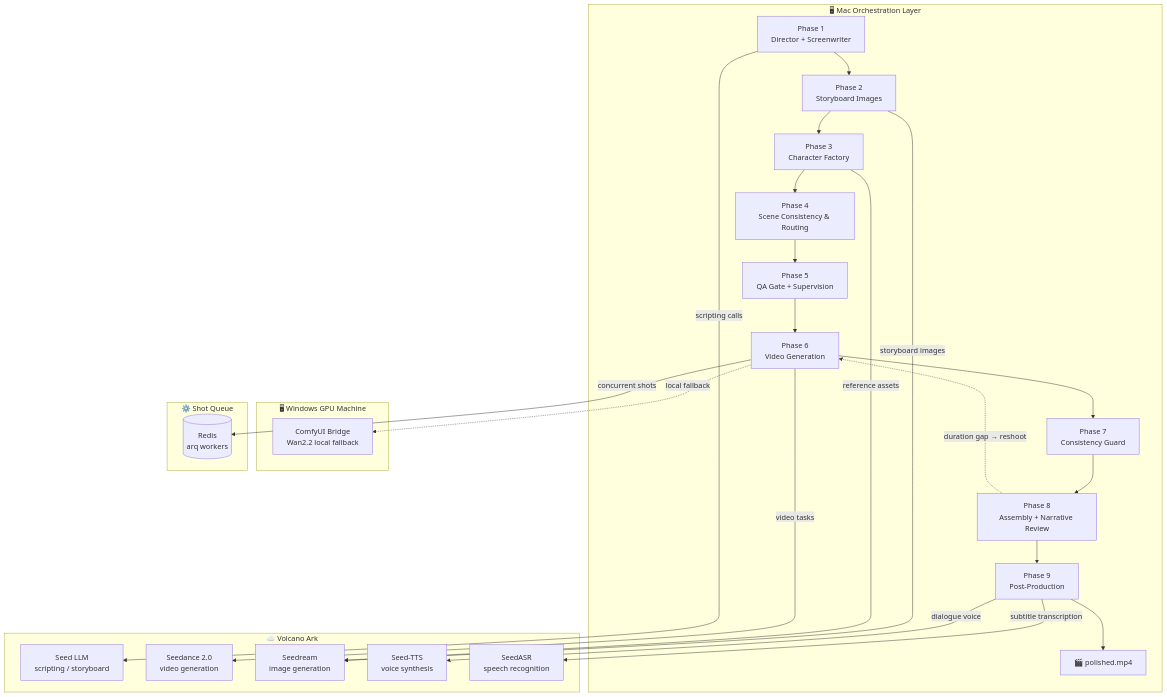
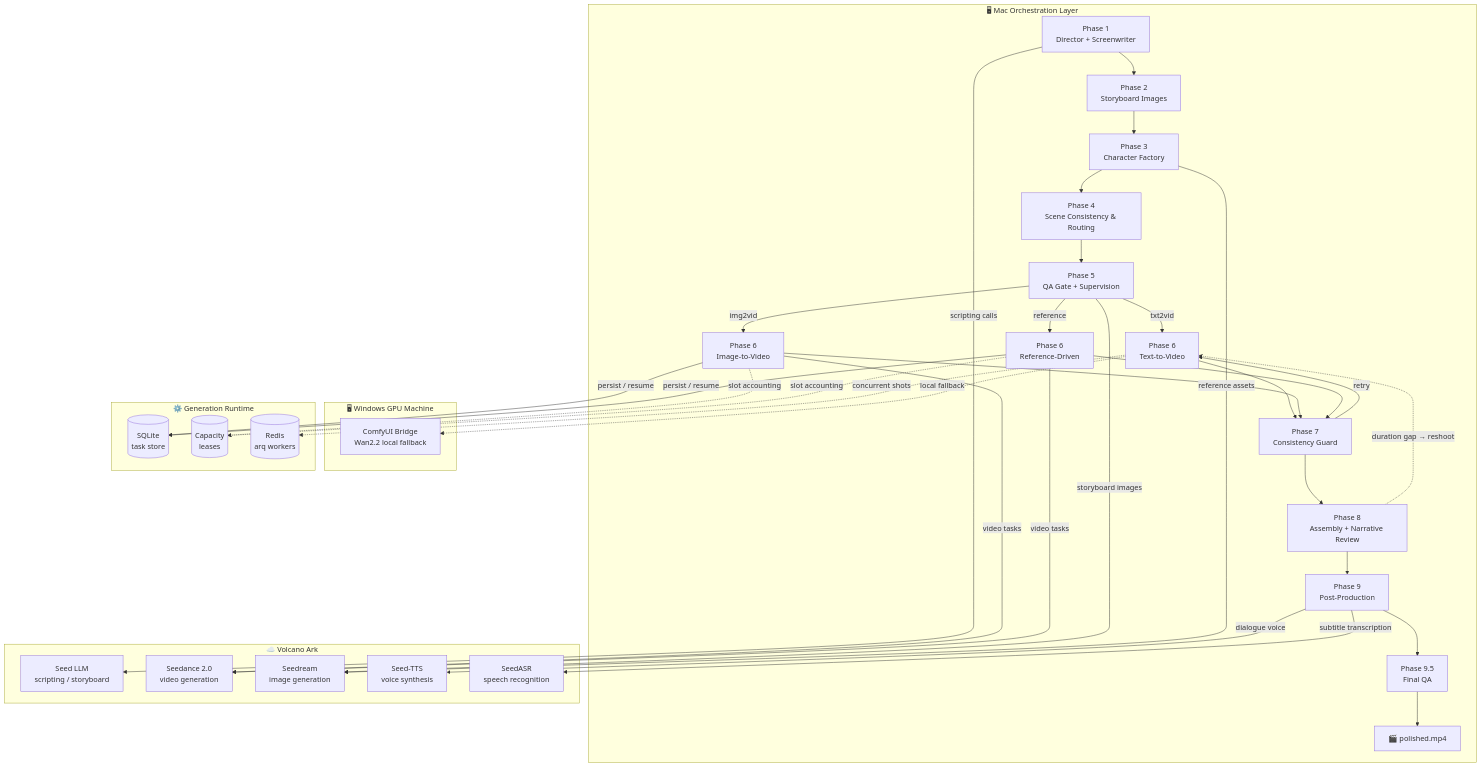
The diagram in README.md (KuMaMon2019s/HonCutBag), drawn with Mermaid before and after one commit. The commit also changed other lines of this file, not shown here.

Commit message:
Update README for LangGraph workflow graph and crash-safe generation runtime

````diff
--- a/README.md
+++ b/README.md
@@ -24,41 +26,54 @@
 ```mermaid
 flowchart TB
     subgraph MAC["🖥 Mac Orchestration Layer"]
         P1[Phase 1<br/>Director + Screenwriter] --> P2[Phase 2<br/>Storyboard Images]
         P2 --> P3[Phase 3<br/>Character Factory]
         P3 --> P4[Phase 4<br/>Scene Consistency & Routing]
         P4 --> P5[Phase 5<br/>QA Gate + Supervision]
-        P5 --> P6[Phase 6<br/>Video Generation]
-        P6 --> P7[Phase 7<br/>Consistency Guard]
+        P5 -- txt2vid --> P6A[Phase 6<br/>Text-to-Video]
+        P5 -- img2vid --> P6B[Phase 6<br/>Image-to-Video]
+        P5 -- reference --> P6C[Phase 6<br/>Reference-Driven]
+        P6A --> P7[Phase 7<br/>Consistency Guard]
+        P6B --> P7
+        P6C --> P7
+        P7 -- retry --> P6A
         P7 --> P8[Phase 8<br/>Assembly + Narrative Review]
         P8 --> P9[Phase 9<br/>Post-Production]
-        P9 --> OUT[🎬 polished.mp4]
+        P9 --> P95[Phase 9.5<br/>Final QA]
+        P95 --> OUT[🎬 polished.mp4]
     end
 
     subgraph WIN["🖥 Windows GPU Machine"]
         BRIDGE[ComfyUI Bridge<br/>Wan2.2 local fallback]
     end
 
     subgraph ARK["☁️ Volcano Ark"]
         LLM[Seed LLM<br/>scripting / storyboard]
         SD[Seedance 2.0<br/>video generation]
         SR[Seedream<br/>image generation]
         TTS[Seed-TTS<br/>voice synthesis]
         ASR[SeedASR<br/>speech recognition]
     end
 
-    subgraph QUEUE["⚙️ Shot Queue"]
+    subgraph RUNTIME["⚙️ Generation Runtime"]
+        TASKS[(SQLite<br/>task store)]
+        CAP[(Capacity<br/>leases)]
         REDIS[(Redis<br/>arq workers)]
     end
 
     P1 -- "scripting calls" --> LLM
-    P6 -- "video tasks" --> SD
-    P6 -- "concurrent shots" --> REDIS
-    P6 -. "local fallback" .-> BRIDGE
-    P2 -- "storyboard images" --> SR
+    P5 -- "storyboard images" --> SR
     P3 -- "reference assets" --> SR
+    P6B -- "video tasks" --> SD
+    P6C -- "video tasks" --> SD
+    P6A -. "concurrent shots" .-> REDIS
+    P6B -- "persist / resume" --> TASKS
+    P6C -- "persist / resume" --> TASKS
+    P6B -. "slot accounting" .-> CAP
+    P6C -. "slot accounting" .-> CAP
+    P6A -. "local fallback" .-> BRIDGE
     P9 -- "dialogue voice" --> TTS
     P9 -- "subtitle transcription" --> ASR
 
-    P8 -. "duration gap → reshoot" .-> P6
+    P8 -. "duration gap → reshoot" .-> P6A
 ```
````
